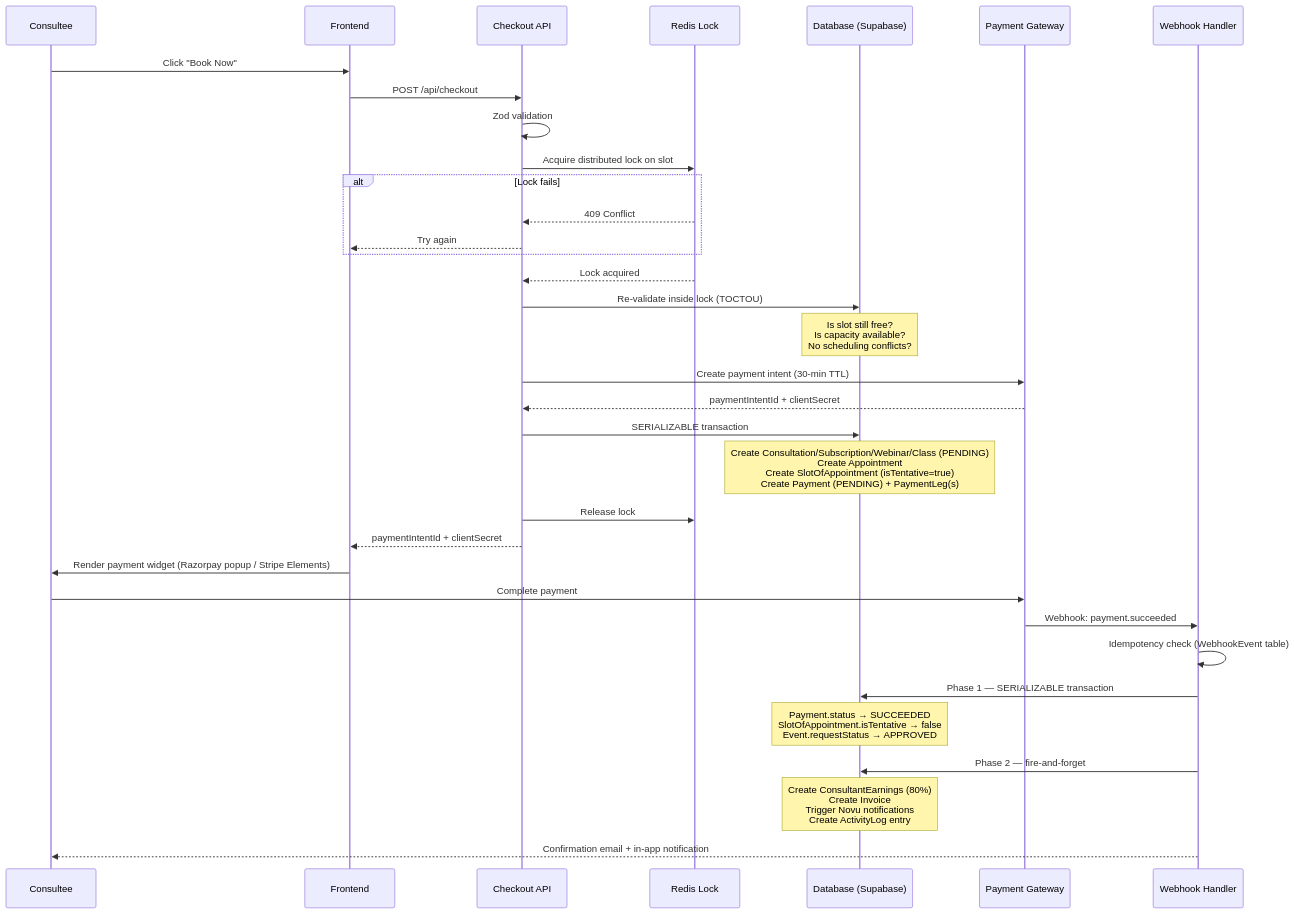
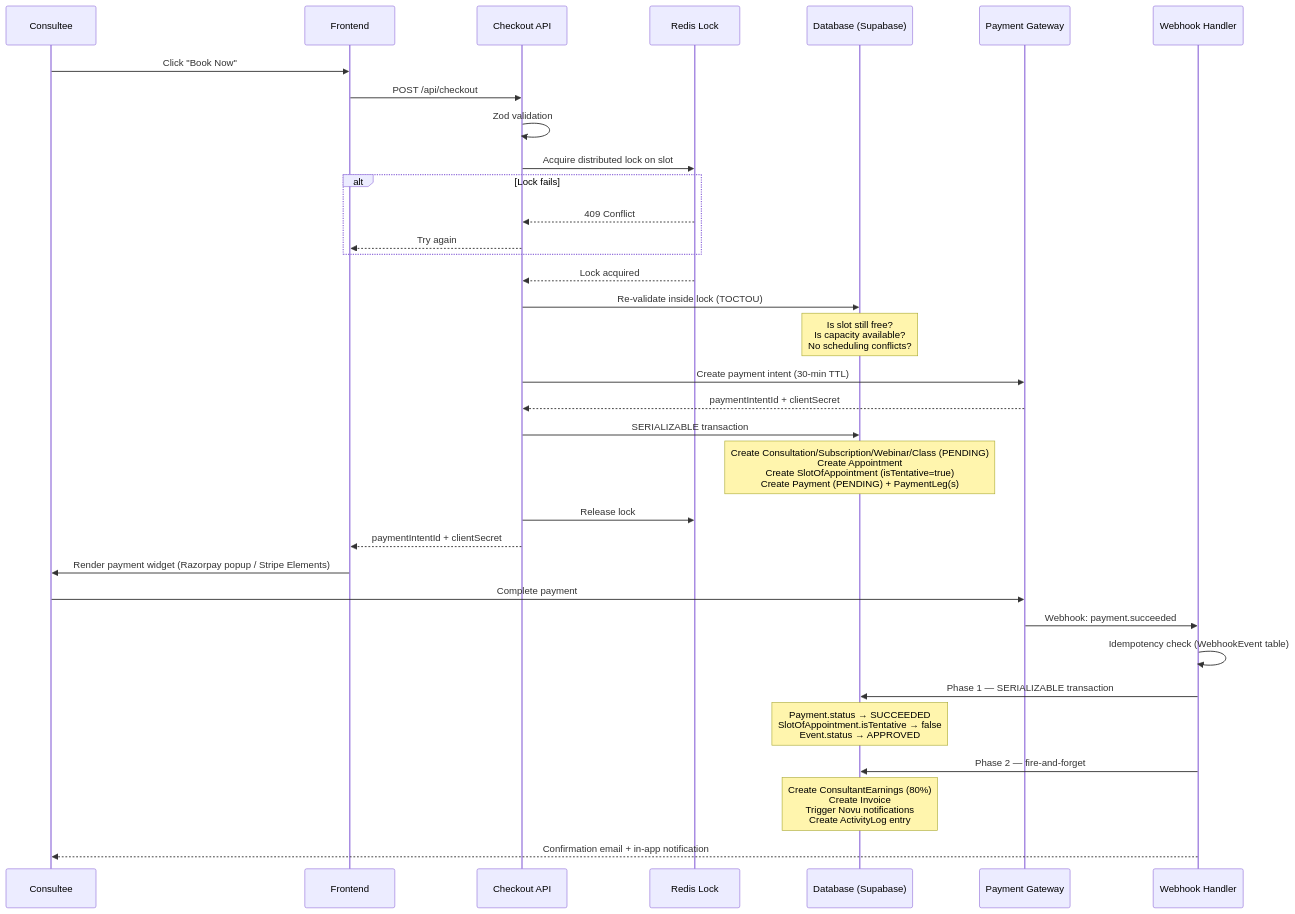
The sixth of 19 diagrams in PRODUCT_FLOW_MAP.md (Practitionist/familiarise_web), drawn with Mermaid before and after one commit. The commit also changed 81 other files, not shown here.

First line of the commit message:
refactor(terminology): requestStatus → status, RequestStatus → AppointmentStatus (phase 2)

````diff
--- a/PRODUCT_FLOW_MAP.md
+++ b/PRODUCT_FLOW_MAP.md
@@ -144,47 +144,47 @@
 ```mermaid
 sequenceDiagram
     participant C as Consultee
     participant FE as Frontend
     participant API as Checkout API
     participant Redis as Redis Lock
     participant DB as Database (Supabase)
     participant GW as Payment Gateway
     participant WH as Webhook Handler
 
     C->>FE: Click "Book Now"
     FE->>API: POST /api/checkout
     API->>API: Zod validation
 
     API->>Redis: Acquire distributed lock on slot
     alt Lock fails
         Redis-->>API: 409 Conflict
         API-->>FE: Try again
     end
     Redis-->>API: Lock acquired
 
     API->>DB: Re-validate inside lock (TOCTOU)
     Note over DB: Is slot still free?<br/>Is capacity available?<br/>No scheduling conflicts?
 
     API->>GW: Create payment intent (30-min TTL)
     GW-->>API: paymentIntentId + clientSecret
 
     API->>DB: SERIALIZABLE transaction
     Note over DB: Create Consultation/Subscription/Webinar/Class (PENDING)<br/>Create Appointment<br/>Create SlotOfAppointment (isTentative=true)<br/>Create Payment (PENDING) + PaymentLeg(s)
 
     API->>Redis: Release lock
     API-->>FE: paymentIntentId + clientSecret
 
     FE->>C: Render payment widget (Razorpay popup / Stripe Elements)
     C->>GW: Complete payment
 
     GW->>WH: Webhook: payment.succeeded
     WH->>WH: Idempotency check (WebhookEvent table)
 
     WH->>DB: Phase 1 — SERIALIZABLE transaction
-    Note over DB: Payment.status → SUCCEEDED<br/>SlotOfAppointment.isTentative → false<br/>Event.requestStatus → APPROVED
+    Note over DB: Payment.status → SUCCEEDED<br/>SlotOfAppointment.isTentative → false<br/>Event.status → APPROVED
 
     WH->>DB: Phase 2 — fire-and-forget
     Note over DB: Create ConsultantEarnings (80%)<br/>Create Invoice<br/>Trigger Novu notifications<br/>Create ActivityLog entry
 
     WH-->>C: Confirmation email + in-app notification
 ```
````
